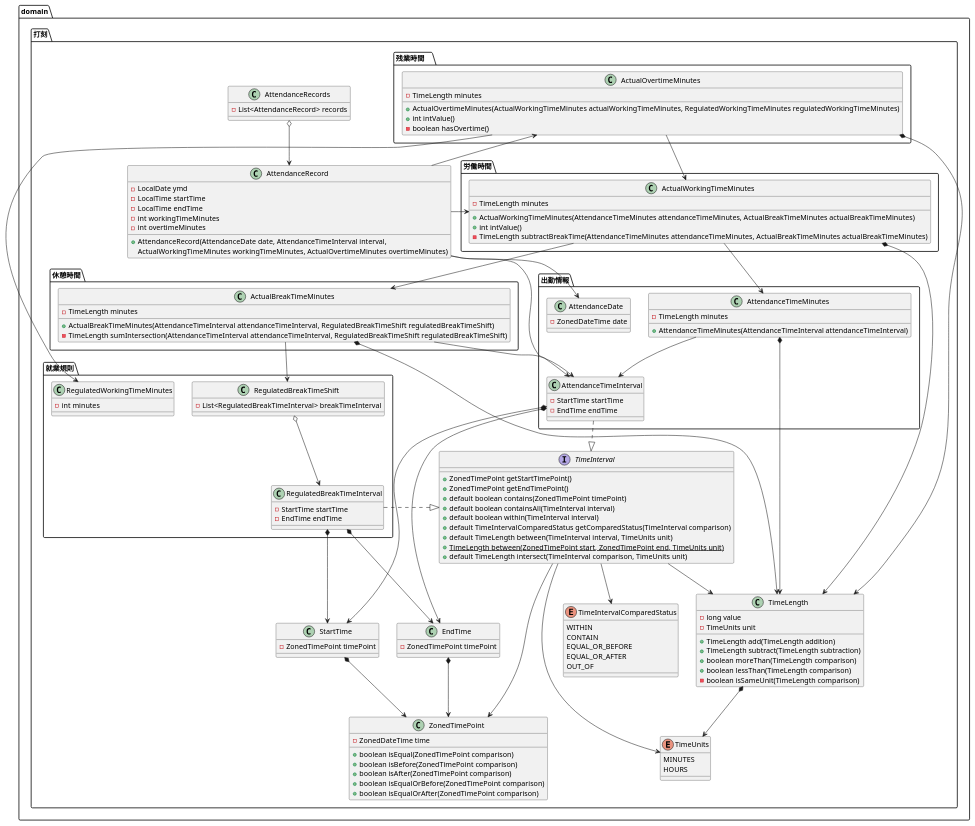
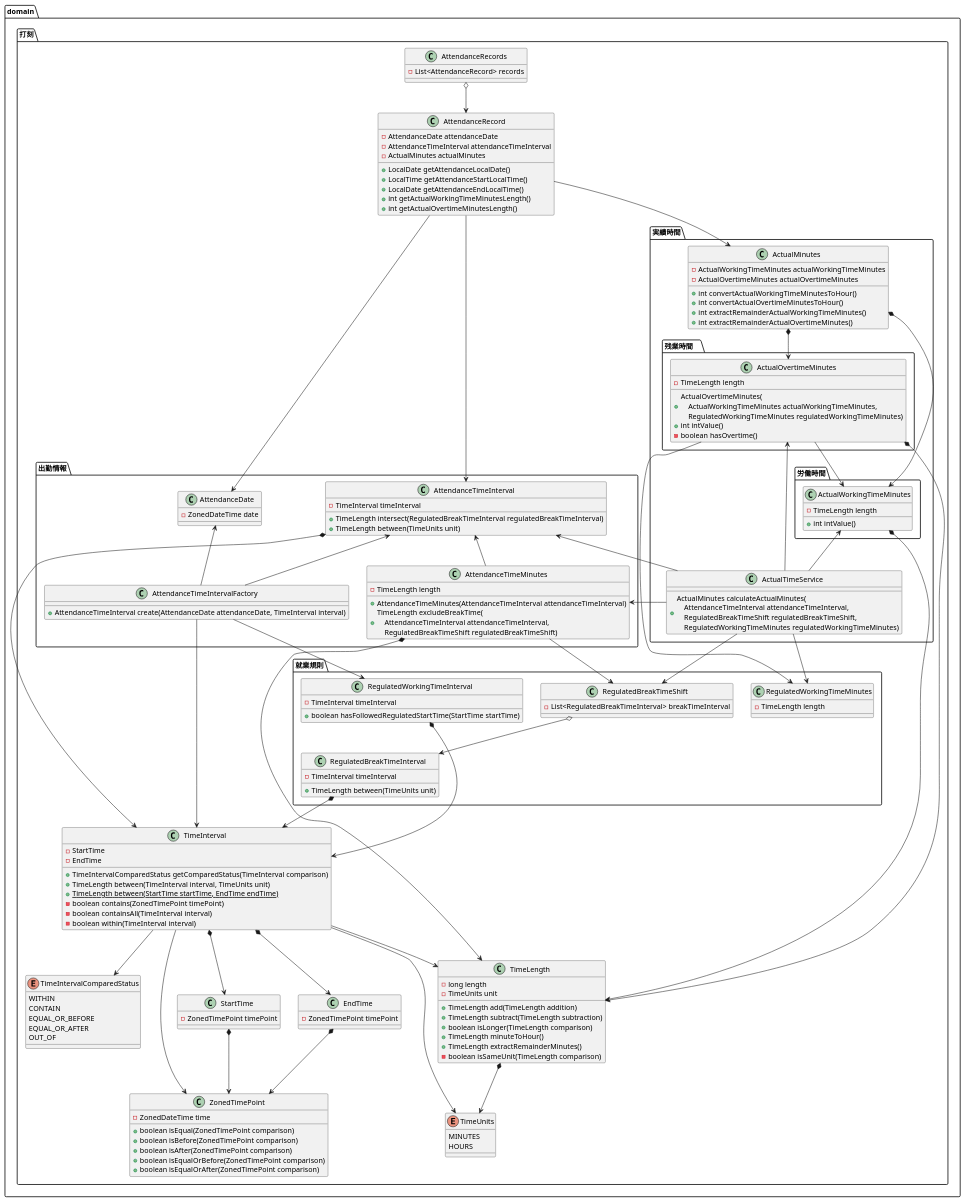
Before and after one commit to biglobe-isp/kintai: the diagram in etc/design/model.puml, drawn with PlantUML.

Commit message:
docs: fixed based on the third review

```diff
--- a/etc/design/model.puml
+++ b/etc/design/model.puml
@@ -3,13 +3,14 @@
 package domain {
     package 打刻 {
         class AttendanceRecord {
-            - LocalDate ymd
-            - LocalTime startTime
-            - LocalTime endTime
-            - int workingTimeMinutes
-            - int overtimeMinutes
-            + AttendanceRecord(AttendanceDate date, AttendanceTimeInterval interval,
-                                    ActualWorkingTimeMinutes workingTimeMinutes, ActualOvertimeMinutes overtimeMinutes)
+            - AttendanceDate attendanceDate
+            - AttendanceTimeInterval attendanceTimeInterval
+            - ActualMinutes actualMinutes
+            + LocalDate getAttendanceLocalDate()
+            + LocalTime getAttendanceStartLocalTime()
+            + LocalDate getAttendanceEndLocalTime()
+            + int getActualWorkingTimeMinutesLength()
+            + int getActualOvertimeMinutesLength()
         }
 
         class AttendanceRecords {
@@ -21,47 +22,60 @@
                 - ZonedDateTime date
             }
             class AttendanceTimeInterval {
-                - StartTime startTime
-                - EndTime endTime
+                - TimeInterval timeInterval
+                + TimeLength intersect(RegulatedBreakTimeInterval regulatedBreakTimeInterval)
+                + TimeLength between(TimeUnits unit)
             } 
             class AttendanceTimeMinutes {
-                - TimeLength minutes
+                - TimeLength length
                 + AttendanceTimeMinutes(AttendanceTimeInterval attendanceTimeInterval)
+                + TimeLength excludeBreakTime(\n    AttendanceTimeInterval attendanceTimeInterval, \n    RegulatedBreakTimeShift regulatedBreakTimeShift)
+            }
+            class AttendanceTimeIntervalFactory {
+                + AttendanceTimeInterval create(AttendanceDate attendanceDate, TimeInterval interval)
             }       
         }
 
-        package 残業時間　{
-            class ActualOvertimeMinutes {
-                - TimeLength minutes
-                + ActualOvertimeMinutes(ActualWorkingTimeMinutes actualWorkingTimeMinutes, RegulatedWorkingTimeMinutes regulatedWorkingTimeMinutes)
-                + int intValue()
-                - boolean hasOvertime()
+        package 実績時間 {
+            package 残業時間　{
+                class ActualOvertimeMinutes {
+                    - TimeLength length
+                    + ActualOvertimeMinutes(\n    ActualWorkingTimeMinutes actualWorkingTimeMinutes, \n    RegulatedWorkingTimeMinutes regulatedWorkingTimeMinutes)
+                    + int intValue()
+                    - boolean hasOvertime()
 
+                }
             }
-        }
-        package 労働時間 {
-            class ActualWorkingTimeMinutes {
-                - TimeLength minutes
-                + ActualWorkingTimeMinutes(AttendanceTimeMinutes attendanceTimeMinutes, ActualBreakTimeMinutes actualBreakTimeMinutes)
-                + int intValue()
-                - TimeLength subtractBreakTime(AttendanceTimeMinutes attendanceTimeMinutes, ActualBreakTimeMinutes actualBreakTimeMinutes)
+            package 労働時間 {
+                class ActualWorkingTimeMinutes {
+                    - TimeLength length
+                    + int intValue()
+                }
             }
-        }
-        package 休憩時間 {
-            class ActualBreakTimeMinutes {
-                - TimeLength minutes
-                + ActualBreakTimeMinutes(AttendanceTimeInterval attendanceTimeInterval, RegulatedBreakTimeShift regulatedBreakTimeShift)
-                - TimeLength sumIntersection(AttendanceTimeInterval attendanceTimeInterval, RegulatedBreakTimeShift regulatedBreakTimeShift)
+            class ActualMinutes {
+                - ActualWorkingTimeMinutes actualWorkingTimeMinutes
+                - ActualOvertimeMinutes actualOvertimeMinutes
+                + int convertActualWorkingTimeMinutesToHour()
+                + int convertActualOvertimeMinutesToHour()
+                + int extractRemainderActualWorkingTimeMinutes()
+                + int extractRemainderActualOvertimeMinutes()
+            }
+            class ActualTimeService {
+                + ActualMinutes calculateActualMinutes(\n    AttendanceTimeInterval attendanceTimeInterval, \n    RegulatedBreakTimeShift regulatedBreakTimeShift, \n    RegulatedWorkingTimeMinutes regulatedWorkingTimeMinutes)
             }
         }
 
         package 就業規則 {
             class RegulatedWorkingTimeMinutes {
-                - int minutes
+                - TimeLength length
+            }
+            class RegulatedWorkingTimeInterval {
+                - TimeInterval timeInterval
+                + boolean hasFollowedRegulatedStartTime(StartTime startTime)
             }
             class RegulatedBreakTimeInterval {
-                - StartTime startTime
-                - EndTime endTime
+                - TimeInterval timeInterval
+                + TimeLength between(TimeUnits unit)
             }
             class RegulatedBreakTimeShift {
                 - List<RegulatedBreakTimeInterval> breakTimeInterval
@@ -83,25 +97,25 @@
         }
 
         class TimeLength {
-            - long value
+            - long length
             - TimeUnits unit
             + TimeLength add(TimeLength addition)
             + TimeLength subtract(TimeLength subtraction)
-            + boolean moreThan(TimeLength comparison)
-            + boolean lessThan(TimeLength comparison)
+            + boolean isLonger(TimeLength comparison)
+            + TimeLength minuteToHour()
+            + TimeLength extractRemainderMinutes()
             - boolean isSameUnit(TimeLength comparison)
         }
-        
-        interface TimeInterval {
-            + ZonedTimePoint getStartTimePoint()
-            + ZonedTimePoint getEndTimePoint()
-            + default boolean contains(ZonedTimePoint timePoint)
-            + default boolean containsAll(TimeInterval interval)
-            + default boolean within(TimeInterval interval)
-            + default TimeIntervalComparedStatus getComparedStatus(TimeInterval comparison)
-            + default TimeLength between(TimeInterval interval, TimeUnits unit)
-            + {static} TimeLength between(ZonedTimePoint start, ZonedTimePoint end, TimeUnits unit)
-            + default TimeLength intersect(TimeInterval comparison, TimeUnits unit)
+
+        class TimeInterval {
+            - StartTime
+            - EndTime
+            +  TimeIntervalComparedStatus getComparedStatus(TimeInterval comparison)
+            + TimeLength between(TimeInterval interval, TimeUnits unit)
+            + {static} TimeLength between(StartTime startTime, EndTime endTime)
+            - boolean contains(ZonedTimePoint timePoint)
+            - boolean containsAll(TimeInterval interval)
+            - boolean within(TimeInterval interval)
         }
         
         enum TimeUnits {
@@ -117,33 +131,40 @@
         }
 
         AttendanceRecords o--> AttendanceRecord
-        AttendanceRecord -down-> AttendanceDate
-        AttendanceRecord -down-> AttendanceTimeInterval
-        AttendanceRecord -left-> ActualOvertimeMinutes
-        AttendanceRecord -left-> ActualWorkingTimeMinutes
+        AttendanceRecord --> AttendanceDate
+        AttendanceRecord --> AttendanceTimeInterval
+        AttendanceRecord --> ActualMinutes
+
+        ActualMinutes *--> ActualOvertimeMinutes
+        ActualMinutes *--> ActualWorkingTimeMinutes
 
         ActualOvertimeMinutes *--> TimeLength
         ActualOvertimeMinutes -down-> ActualWorkingTimeMinutes
         ActualOvertimeMinutes --> RegulatedWorkingTimeMinutes
 
         ActualWorkingTimeMinutes *--> TimeLength
-        ActualWorkingTimeMinutes -left-> AttendanceTimeMinutes
-        ActualWorkingTimeMinutes -down-> ActualBreakTimeMinutes
-
-        ActualBreakTimeMinutes *--> TimeLength
-        ActualBreakTimeMinutes --> AttendanceTimeInterval
-        ActualBreakTimeMinutes --> RegulatedBreakTimeShift
+        ActualTimeService -up-> ActualOvertimeMinutes
+        ActualTimeService -up-> ActualWorkingTimeMinutes
+        ActualTimeService -left-> AttendanceTimeInterval
+        ActualTimeService -left-> AttendanceTimeMinutes
+        ActualTimeService --> RegulatedBreakTimeShift
+        ActualTimeService --> RegulatedWorkingTimeMinutes
 
         AttendanceTimeMinutes *--> TimeLength
-        AttendanceTimeMinutes --> AttendanceTimeInterval
-        AttendanceTimeInterval *--> StartTime
-        AttendanceTimeInterval *--> EndTime
-        AttendanceTimeInterval .|> TimeInterval
+        AttendanceTimeMinutes -up-> AttendanceTimeInterval
+        AttendanceTimeMinutes --> RegulatedBreakTimeShift
+        AttendanceTimeInterval *--> TimeInterval
+        AttendanceTimeIntervalFactory -up-> AttendanceDate
+        AttendanceTimeIntervalFactory -up-> AttendanceTimeInterval
+        AttendanceTimeIntervalFactory --> RegulatedWorkingTimeInterval
+        AttendanceTimeIntervalFactory --> TimeInterval
 
-        RegulatedBreakTimeInterval .|> TimeInterval
-        RegulatedBreakTimeInterval *--> StartTime
-        RegulatedBreakTimeInterval *--> EndTime
+        RegulatedWorkingTimeInterval *--> TimeInterval
+        RegulatedBreakTimeInterval *--> TimeInterval
         RegulatedBreakTimeShift o--> RegulatedBreakTimeInterval
+
+        TimeInterval *--> StartTime
+        TimeInterval *--> EndTime
 
         StartTime *--> ZonedTimePoint
         EndTime *--> ZonedTimePoint
@@ -158,11 +179,19 @@
 
     ' package 月次集計 {
     '     class AttendanceAggregationMonthly {
-    '         - int totalWorkingTimeMinutes
-    '         - int totalOvertimeMinutes
+    '         - TimeLength totalWorkingTimeMinutesLength
+    '         - TimeLength totalOvertimeMinutesLength
+    '         + public AttendanceAggregationMonthly(Optional<Integer> totalWorkingTimeMinutes, Optional<Integer> totalOvertimeMinutes)
+    '         + int convertActualWorkingTimeMinutesToHour()
+    '         + int convertActualOvertimeMinutesToHour()
+    '         + int extractRemainderActualWorkingTimeMinutes()
+    '         + int extractRemainderActualOvertimeMinutes()
     '     }
     '     class AggregationMonth {
     '         - YearMonth yearMonth
+    '         + boolean equalsYearMonth(LocalDate date)
+    '         - boolean equalsYear(LocalDate date)
+    '         - boolean equalsMonth(LocalDate date)
     '     }
     ' }
 }
@@ -173,6 +202,8 @@
 '         - AttendanceAggregationService attendanceAggregationService
 '         + void record(String[] inputParams)
 '         + void aggregateMonthly(String[] inputParams)
+'　　　　　- void outputAttendanceRecord(AttendanceRecord attendanceRecord) 
+'　　　　　- void outputAggregationMonthly(AggregationMonth aggregationMonth, AttendanceAggregationMonthly attendanceAggregationMonthly) 
 '     }
 '     AttendanceController *--> AttendanceRecordingService
 '     AttendanceController *--> AttendanceAggregationService
@@ -212,16 +243,19 @@
 '     }
 '     class AttendanceCsvDao {
 '         - CsvDao<AttendanceRecordEntity> csvDao 
+'         - AppCsvProperties appCsvProperties 
 '         + void register(AttendanceRecord attendanceRecord)
 '         + AttendanceRecordEntities fetchAll(AttendanceDate attendanceDate)
 '         + AttendaceRecordEntities fetchMonthly(AggregationMonth aggregationMonth)
 '     }
 '     class RegulatedBreakTimeCsvDao {
 '         - CsvDao<RegulatedBreakTimeEntity> csvDao 
+'         - AppCsvProperties appCsvProperties 
 '         + RegulatedBreakTimeEntities fetchAll(AttendanceDate attendanceDate)
 '     }
 '     class RegulatedWorkingTimeMinutesCsvDao {
 '         - CsvDao<RegulatedWorkingTimeMinutesEntity> csvDao
+'         - AppCsvProperties appCsvProperties 
 '         + void write(Writer writer, T bean)
 '         + RegulatedWorkingTimeMinutesEntity fetch(AttendanceDate attendanceDate)
 '     }
```
